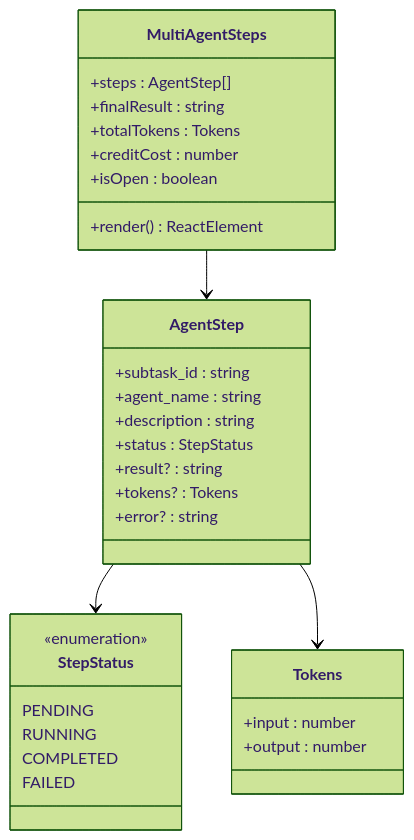
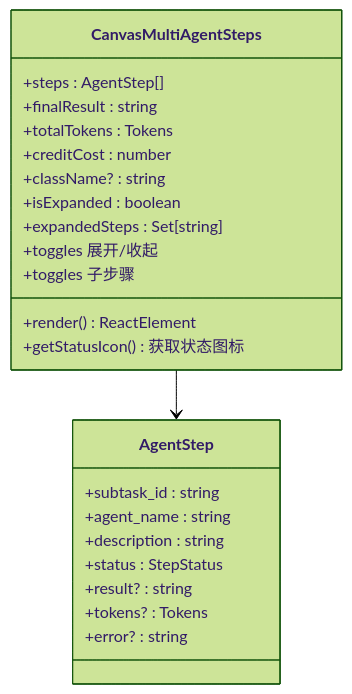
One commit to KunLabAI/KunFlix changed the fourth of 8 diagrams in .qoder/repowiki/zh/content/后台管理系统/多智能体步骤显示.md. Above: the diagram before and after it, drawn with Mermaid (forest theme). The commit also changed other lines of this file and 29 other files, not shown here.

````diff
--- a/.qoder/repowiki/zh/content/后台管理系统/多智能体步骤显示.md
+++ b/.qoder/repowiki/zh/content/后台管理系统/多智能体步骤显示.md
@@ -164,34 +195,26 @@
 ```mermaid
 classDiagram
-class MultiAgentSteps {
+class CanvasMultiAgentSteps {
 +steps : AgentStep[]
 +finalResult : string
 +totalTokens : Tokens
 +creditCost : number
-+isOpen : boolean
++className? : string
++isExpanded : boolean
++expandedSteps : Set[string]
 +render() ReactElement
++toggles 展开/收起
++toggles 子步骤
++getStatusIcon() 获取状态图标
 }
 class AgentStep {
 +subtask_id : string
 +agent_name : string
 +description : string
 +status : StepStatus
 +result? : string
 +tokens? : Tokens
 +error? : string
 }
-class StepStatus {
-<<enumeration>>
-PENDING
-RUNNING
-COMPLETED
-FAILED
-}
-class Tokens {
-+input : number
-+output : number
-}
-MultiAgentSteps --> AgentStep
-AgentStep --> StepStatus
-AgentStep --> Tokens
+CanvasMultiAgentSteps --> AgentStep
 ```
````
